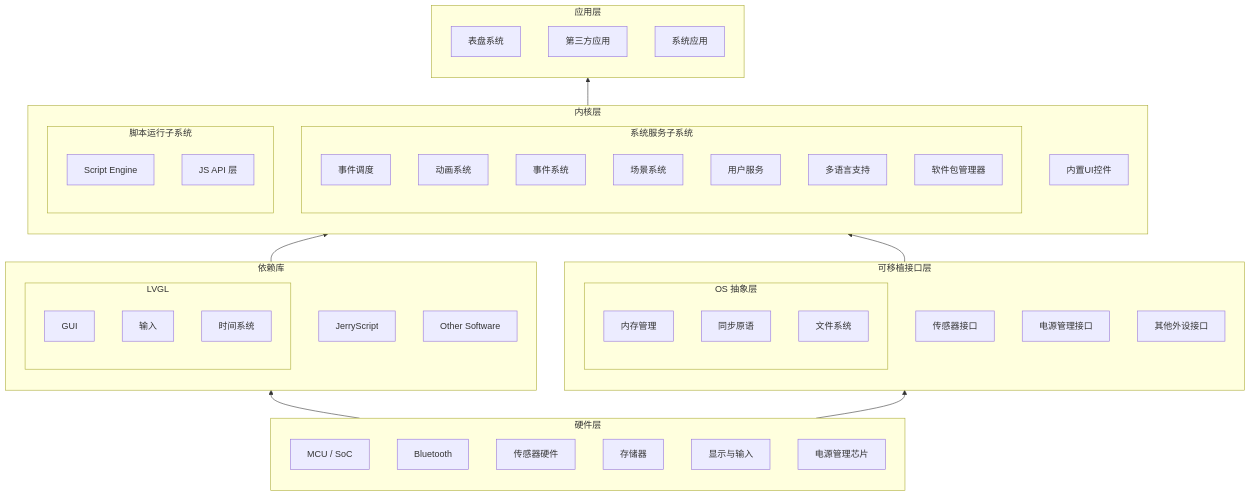
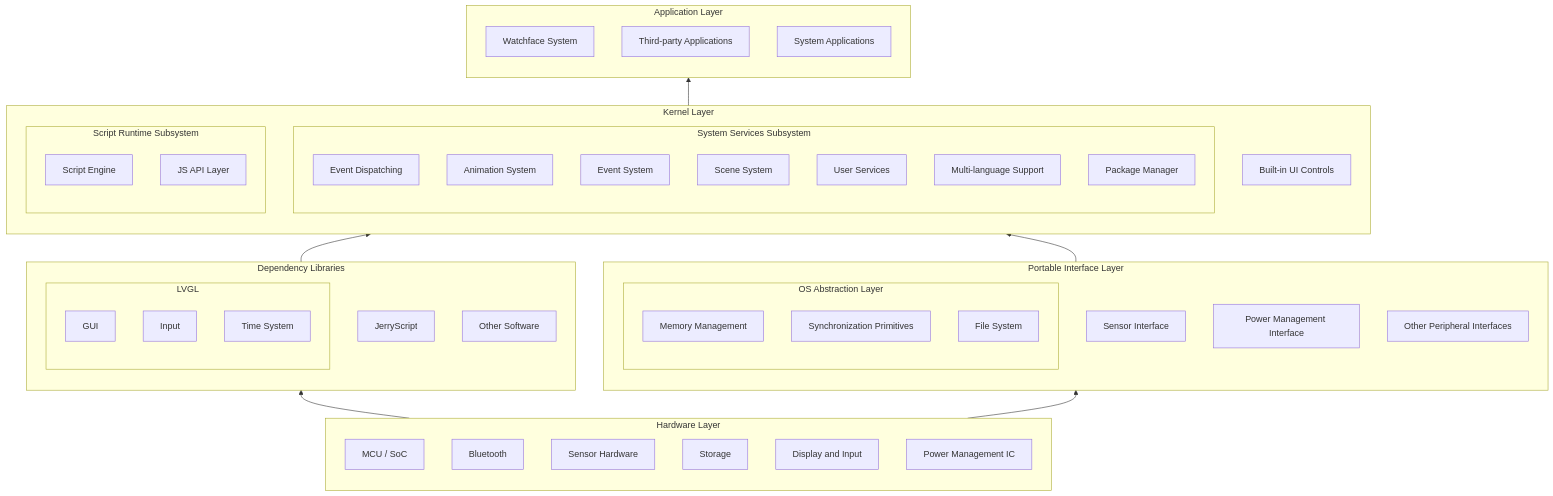
One commit to fossabot/ElenixOS-Docs changed the first of 2 diagrams in i18n/en/docusaurus-plugin-content-docs/current/architecture/arch.mdx. Above: the diagram before and after it, drawn with Mermaid. The commit also changed other lines of this file and 38 other files, not shown here.

````diff
--- a/i18n/en/docusaurus-plugin-content-docs/current/architecture/arch.mdx
+++ b/i18n/en/docusaurus-plugin-content-docs/current/architecture/arch.mdx
@@ -7,80 +7,80 @@
 ```mermaid
 flowchart BT
 
-    subgraph L1["应用层"]
+    subgraph L1["Application Layer"]
         direction BT
-        WATCHFACE["表盘系统"]
-        APP["第三方应用"]
-        SYSAPP["系统应用"]
+        WATCHFACE["Watchface System"]
+        APP["Third-party Applications"]
+        SYSAPP["System Applications"]
     end
 
-    subgraph L2["内核层"]
+    subgraph L2["Kernel Layer"]
         direction BT
 
-        subgraph R1["系统服务子系统"]
+        subgraph R1["System Services Subsystem"]
             direction BT
-            DISPATHCER["事件调度"]
-            ANIM["动画系统"]
-            EVENT["事件系统"]
-            SCENE["场景系统"]
-            SERVICES["用户服务"]
-            LANG["多语言支持"]
-            PKG["软件包管理器"]
+            DISPATHCER["Event Dispatching"]
+            ANIM["Animation System"]
+            EVENT["Event System"]
+            SCENE["Scene System"]
+            SERVICES["User Services"]
+            LANG["Multi-language Support"]
+            PKG["Package Manager"]
         end
 
-        subgraph R2["脚本运行子系统"]
+        subgraph R2["Script Runtime Subsystem"]
             direction BT
             SE["Script Engine"]
-            JS_API["JS API 层"]
+            JS_API["JS API Layer"]
         end
 
-        UI["内置UI控件"]
+        UI["Built-in UI Controls"]
     end
 
 
-    subgraph THIRD_PARTY["依赖库"]
+    subgraph THIRD_PARTY["Dependency Libraries"]
         direction BT
         subgraph LVGL["LVGL"]
             GUI["GUI"]
-            INPUT["输入"]
-            TIME["时间系统"]
+            INPUT["Input"]
+            TIME["Time System"]
         end
         JERRYSCRIPT["JerryScript"]
         OtherSW["Other Software"]
     end
 
 
-    subgraph L3["可移植接口层"]
+    subgraph L3["Portable Interface Layer"]
         direction BT
 
-        subgraph OSABS["OS 抽象层"]
+        subgraph OSABS["OS Abstraction Layer"]
             direction BT
-            MEM["内存管理"]
-            SEM["同步原语"]
-            FS["文件系统"]
+            MEM["Memory Management"]
+            SEM["Synchronization Primitives"]
+            FS["File System"]
         end
 
-        SENSOR["传感器接口"]
-        POWER["电源管理接口"]
-        OTHERDEVICES["其他外设接口"]
+        SENSOR["Sensor Interface"]
+        POWER["Power Management Interface"]
+        OTHERDEVICES["Other Peripheral Interfaces"]
     end
 
 
-    subgraph L4["硬件层"]
+    subgraph L4["Hardware Layer"]
         direction BT
         MCU["MCU / SoC"]
         BLUETOOTH["Bluetooth"]
-        SENSORS_HW["传感器硬件"]
-        STORAGE["存储器"]
-        DISPLAY_HW["显示与输入"]
-        PMIC["电源管理芯片"]
+        SENSORS_HW["Sensor Hardware"]
+        STORAGE["Storage"]
+        DISPLAY_HW["Display and Input"]
+        PMIC["Power Management IC"]
     end
 
 
     L4 --> L3
     L4 --> THIRD_PARTY
     THIRD_PARTY --> L2
     L3 --> L2
     L2 --> L1
 
 ```
````
